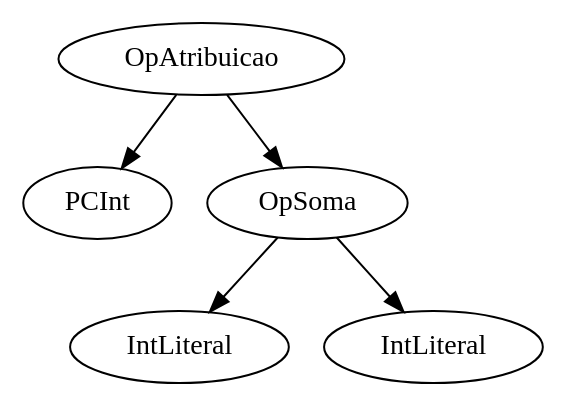
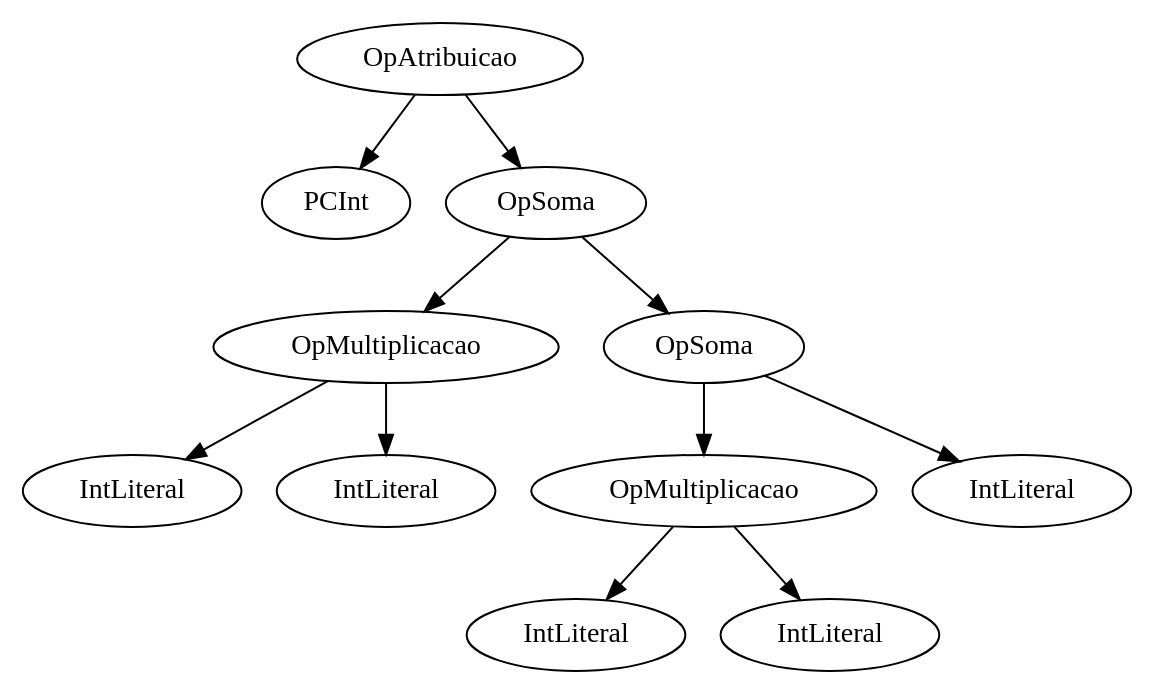
One commit to k4t0mono/tp-compiladores changed the diagram in arvore.dot. Above: the diagram before and after it, drawn with Graphviz. The commit also changed 4 other files, not shown here.

```diff
--- a/arvore.dot
+++ b/arvore.dot
@@ -1,14 +1,26 @@
 digraph {
 
 	0 [label="OpAtribuicao"]
 	1 [label="PCInt"]
 	2 [label="OpSoma"]
-	3 [label="IntLiteral"]
+	3 [label="OpMultiplicacao"]
 	4 [label="IntLiteral"]
+	5 [label="IntLiteral"]
+	6 [label="OpSoma"]
+	7 [label="OpMultiplicacao"]
+	8 [label="IntLiteral"]
+	9 [label="IntLiteral"]
+	10 [label="IntLiteral"]
 
 	0 -> 1
 	0 -> 2
 	2 -> 3
-	2 -> 4
+	3 -> 4
+	3 -> 5
+	2 -> 6
+	6 -> 7
+	7 -> 8
+	7 -> 9
+	6 -> 10
 
 }
```
